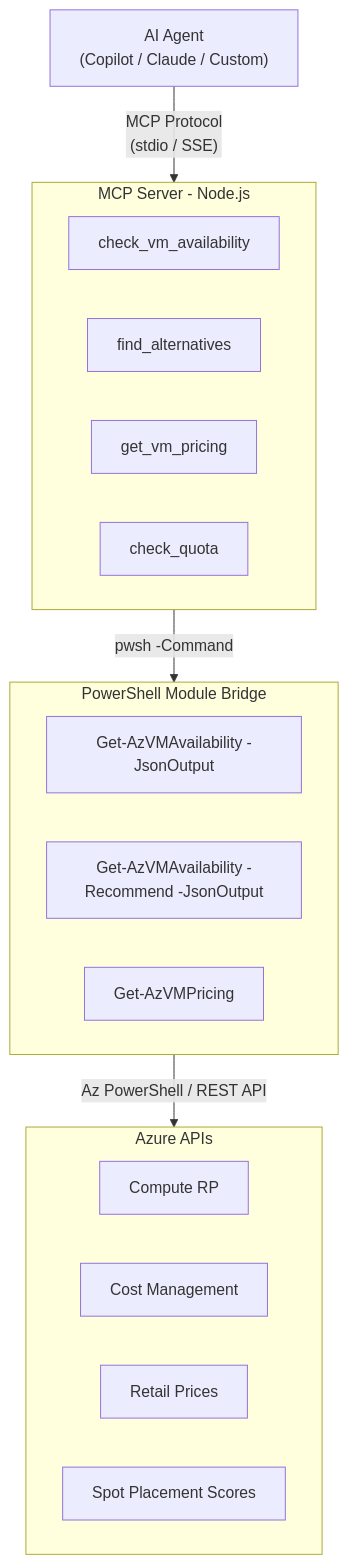
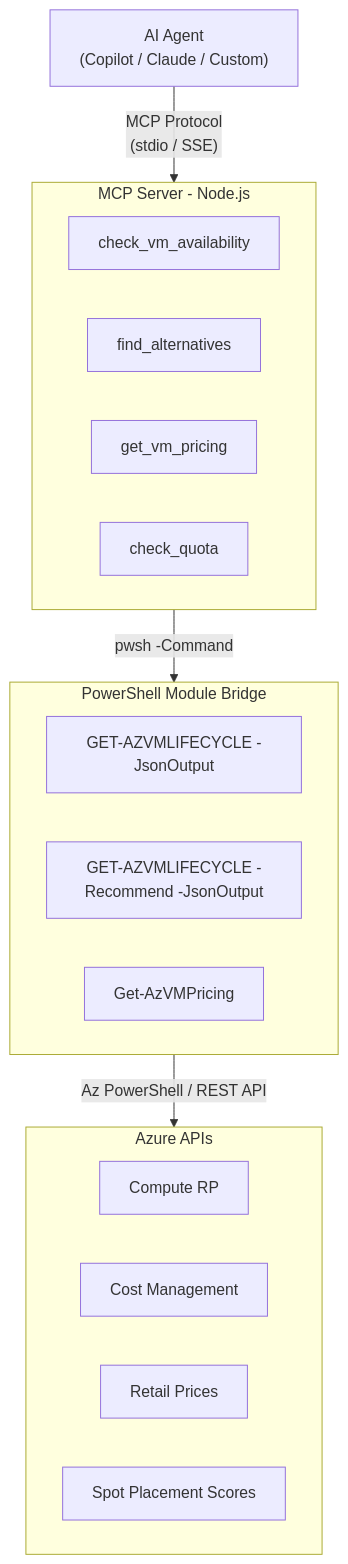
The diagram in ROADMAP.md (bzlowrance/Get-AzVMLifecycle), drawn with Mermaid before and after one commit. The commit also changed other lines of this file and 67 other files, not shown here.

First line of the commit message:
rebrand: Get-AzVMAvailability → Get-AzVMLifecycle

````diff
--- a/ROADMAP.md
+++ b/ROADMAP.md
@@ -224,29 +224,29 @@
 ```mermaid
 flowchart TB
     Agent["AI Agent<br>(Copilot / Claude / Custom)"]
     Agent -->|"MCP Protocol<br>(stdio / SSE)"| MCP
 
     subgraph MCP["MCP Server - Node.js"]
         T1["check_vm_availability"]
         T2["find_alternatives"]
         T3["get_vm_pricing"]
         T4["check_quota"]
     end
 
     MCP -->|"pwsh -Command"| Bridge
 
     subgraph Bridge["PowerShell Module Bridge"]
-        M1["Get-AzVMAvailability -JsonOutput"]
-        M2["Get-AzVMAvailability -Recommend -JsonOutput"]
+        M1["GET-AZVMLIFECYCLE -JsonOutput"]
+        M2["GET-AZVMLIFECYCLE -Recommend -JsonOutput"]
         M3["Get-AzVMPricing"]
     end
 
     Bridge -->|"Az PowerShell / REST API"| Azure
 
     subgraph Azure["Azure APIs"]
         A1["Compute RP"]
         A2["Cost Management"]
         A3["Retail Prices"]
         A4["Spot Placement Scores"]
     end
 ```
````
